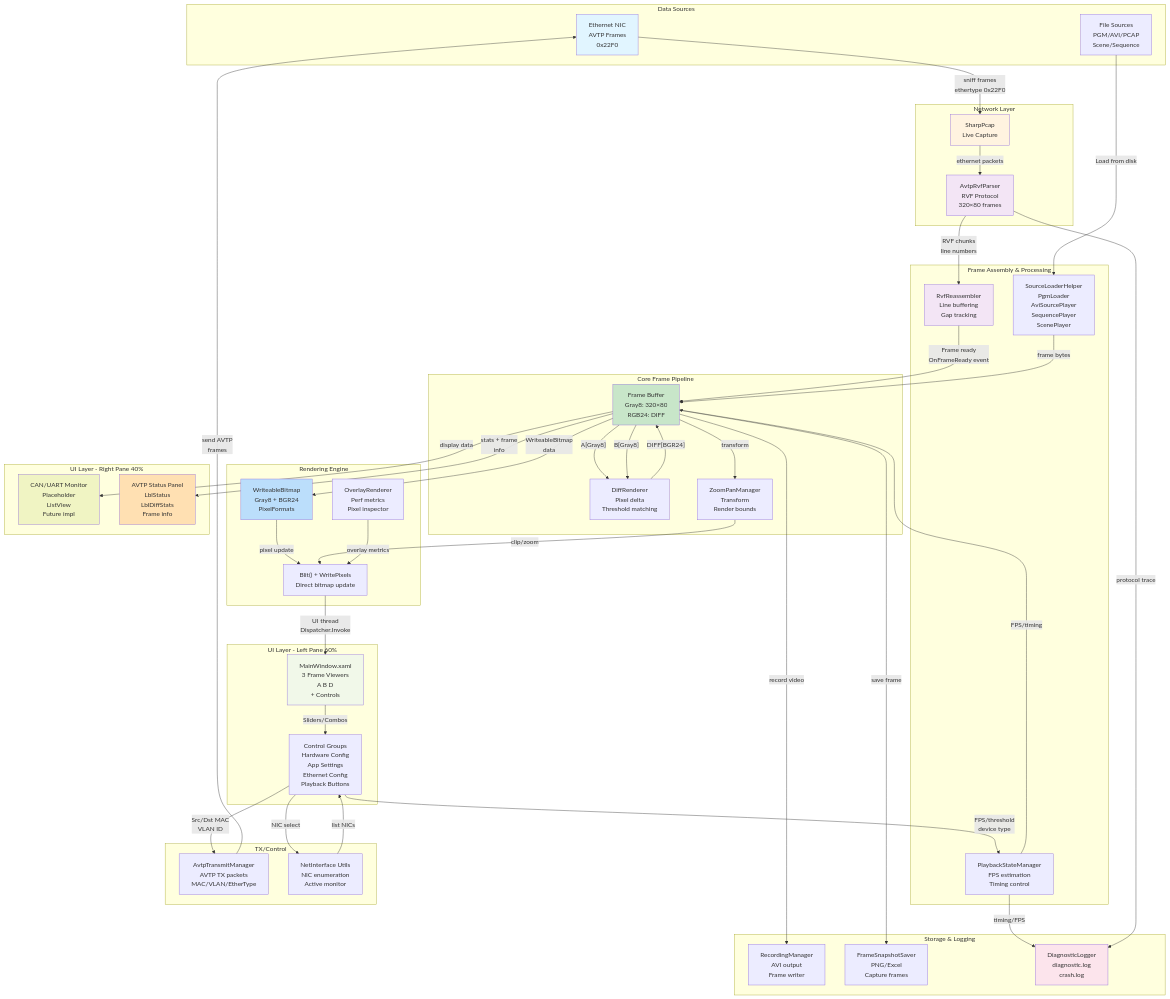
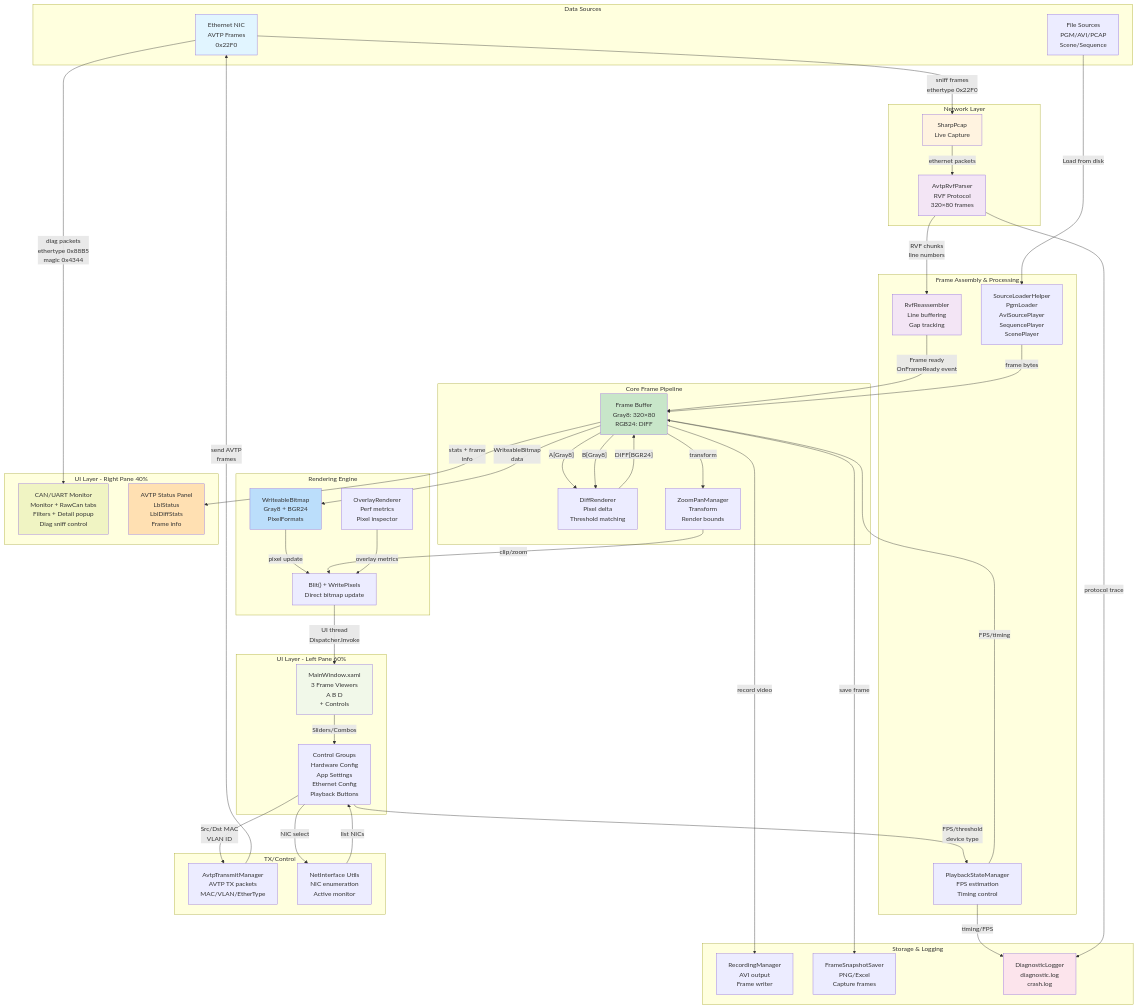
One commit to CostiRaducan86/VideoStreamPlayer changed the diagram in docs/tehnical_docs/ARCHITECTURE_DIAGRAM.md. Above: the diagram before and after it, drawn with Mermaid. The commit also changed other lines of this file and 15 other files, not shown here.

```diff
--- a/docs/tehnical_docs/ARCHITECTURE_DIAGRAM.md
+++ b/docs/tehnical_docs/ARCHITECTURE_DIAGRAM.md
@@ -38,7 +38,7 @@
     end
 
     subgraph "UI Layer - Right Pane 40%"
-        CAN["CAN/UART Monitor<br/>Placeholder<br/>ListView<br/>Future impl"]
+        CAN["CAN/UART Monitor<br/>Monitor + RawCan tabs<br/>Filters + Detail popup<br/>Diag sniff control"]
         STATUS["AVTP Status Panel<br/>LblStatus<br/>LblDiffStats<br/>Frame info"]
     end
 
@@ -78,7 +78,7 @@
     CTRL -->|"Src/Dst MAC<br/>VLAN ID"| TX
     CTRL -->|"NIC select"| NIC
     
-    FRAME -->|"display data"| CAN
+    ETH -->|"diag packets<br/>ethertype 0x88B5<br/>magic 0x4344"| CAN
     FRAME -->|"stats + frame<br/>info"| STATUS
     
     FRAME -->|"save frame"| SNAP
```
